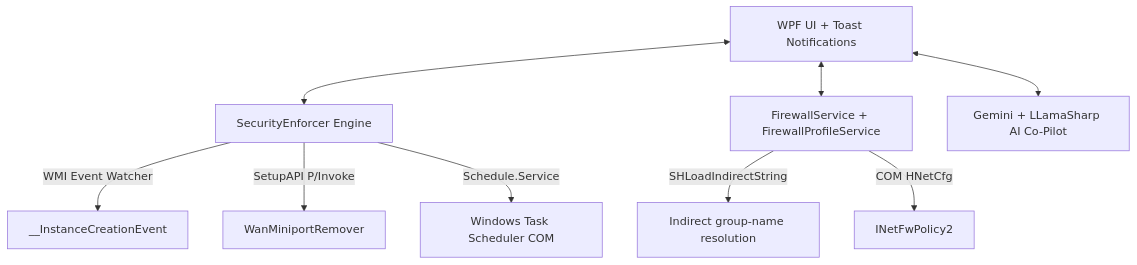
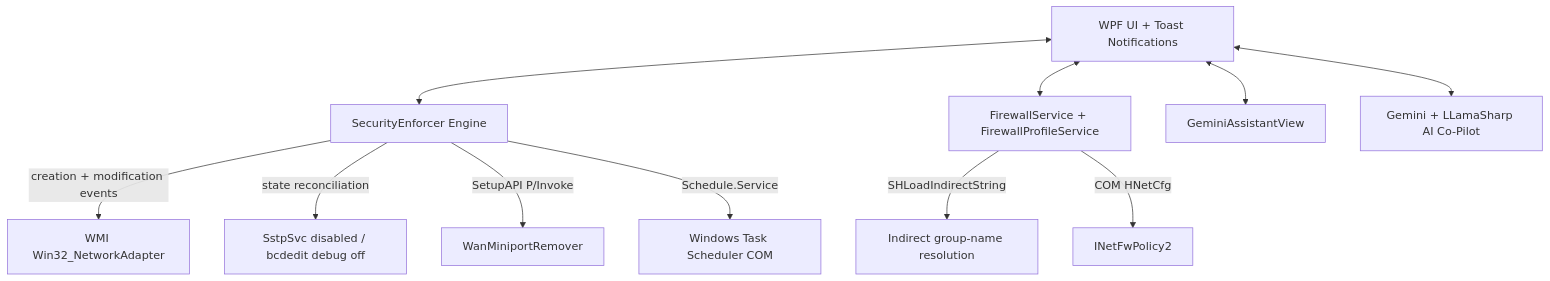
The diagram in README.md (dparksports/AutoCommand), drawn with Mermaid before and after one commit. The commit also changed other lines of this file and 3 other files, not shown here.

````diff
--- a/README.md
+++ b/README.md
@@ -112,11 +125,13 @@
 ```mermaid
 graph TD
     UI[WPF UI + Toast Notifications] <--> Enforcer[SecurityEnforcer Engine]
     UI <--> FW[FirewallService + FirewallProfileService]
+    UI <--> Assistant[GeminiAssistantView]
     FW -->|SHLoadIndirectString| Resolve[Indirect group-name resolution]
     FW -->|COM HNetCfg| NetFw[INetFwPolicy2]
-    Enforcer -->|WMI Event Watcher| AdapterEvents[__InstanceCreationEvent]
+    Enforcer -->|creation + modification events| AdapterEvents[WMI Win32_NetworkAdapter]
+    Enforcer -->|state reconciliation| Reassert[SstpSvc disabled / bcdedit debug off]
     Enforcer -->|SetupAPI P/Invoke| NativeDevice[WanMiniportRemover]
     Enforcer -->|Schedule.Service| TaskSched[Windows Task Scheduler COM]
     UI <--> AI[Gemini + LLamaSharp AI Co-Pilot]
 ```
````
